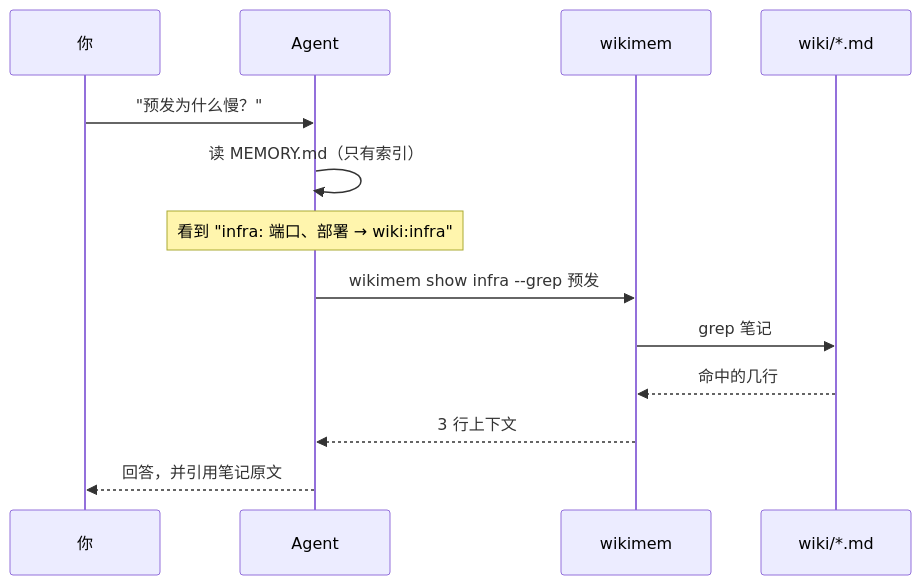
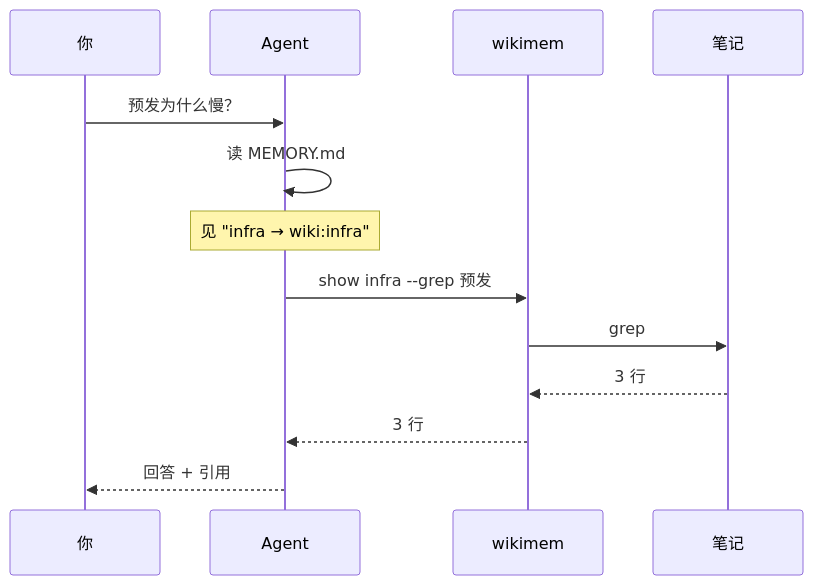
The fourth of 6 diagrams in README.zh-CN.md (QINXIN111/tiered-memory), drawn with Mermaid before and after one commit. The commit also changed other lines of this file and 1 other file, not shown here.

Commit message:
docs: shrink sequence diagrams so they fit the column

````diff
--- a/README.zh-CN.md
+++ b/README.zh-CN.md
@@ -111,16 +111,16 @@
 ```mermaid
 sequenceDiagram
     participant U as 你
     participant A as Agent
     participant C as wikimem
-    participant D as wiki/*.md
+    participant D as 笔记
 
-    U->>A: "预发为什么慢？"
-    A->>A: 读 MEMORY.md（只有索引）
-    Note over A: 看到 "infra: 端口、部署 → wiki:infra"
-    A->>C: wikimem show infra --grep 预发
-    C->>D: grep 笔记
-    D-->>C: 命中的几行
-    C-->>A: 3 行上下文
-    A-->>U: 回答，并引用笔记原文
+    U->>A: 预发为什么慢？
+    A->>A: 读 MEMORY.md
+    Note over A: 见 "infra → wiki:infra"
+    A->>C: show infra --grep 预发
+    C->>D: grep
+    D-->>C: 3 行
+    C-->>A: 3 行
+    A-->>U: 回答 + 引用
 ```
````
